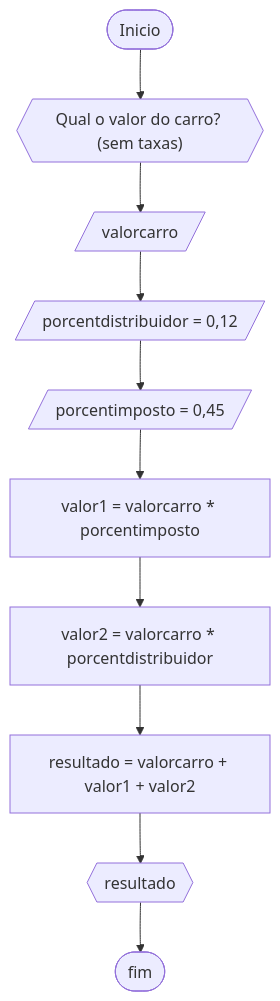
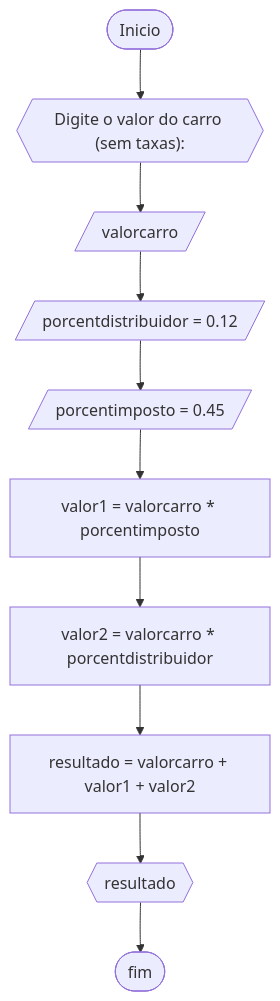
The fourth of 10 diagrams in RLA/Lista2_exercicios.md (eryckmike/Unifor), drawn with Mermaid before and after one commit. The commit also changed other lines of this file, not shown here.

````diff
--- a/RLA/Lista2_exercicios.md
+++ b/RLA/Lista2_exercicios.md
@@ -32,12 +64,12 @@
 ```mermaid
 flowchart TD
-A([Inicio]) --> B{{"Qual o valor do carro? (sem taxas)"}}
+A([Inicio]) --> B{{"Digite o valor do carro (sem taxas):"}}
 B --> C[/valorcarro/]
-C --> D[/porcentdistribuidor = 0,12/]
-D --> E[/porcentimposto = 0,45/]
+C --> D[/porcentdistribuidor = 0.12/]
+D --> E[/porcentimposto = 0.45/]
 E --> F[valor1 = valorcarro * porcentimposto] 
 F --> G[valor2 = valorcarro * porcentdistribuidor]
 G --> H[resultado = valorcarro + valor1 + valor2]
 H --> I{{resultado}}
 I --> J([fim])
 ```
````
